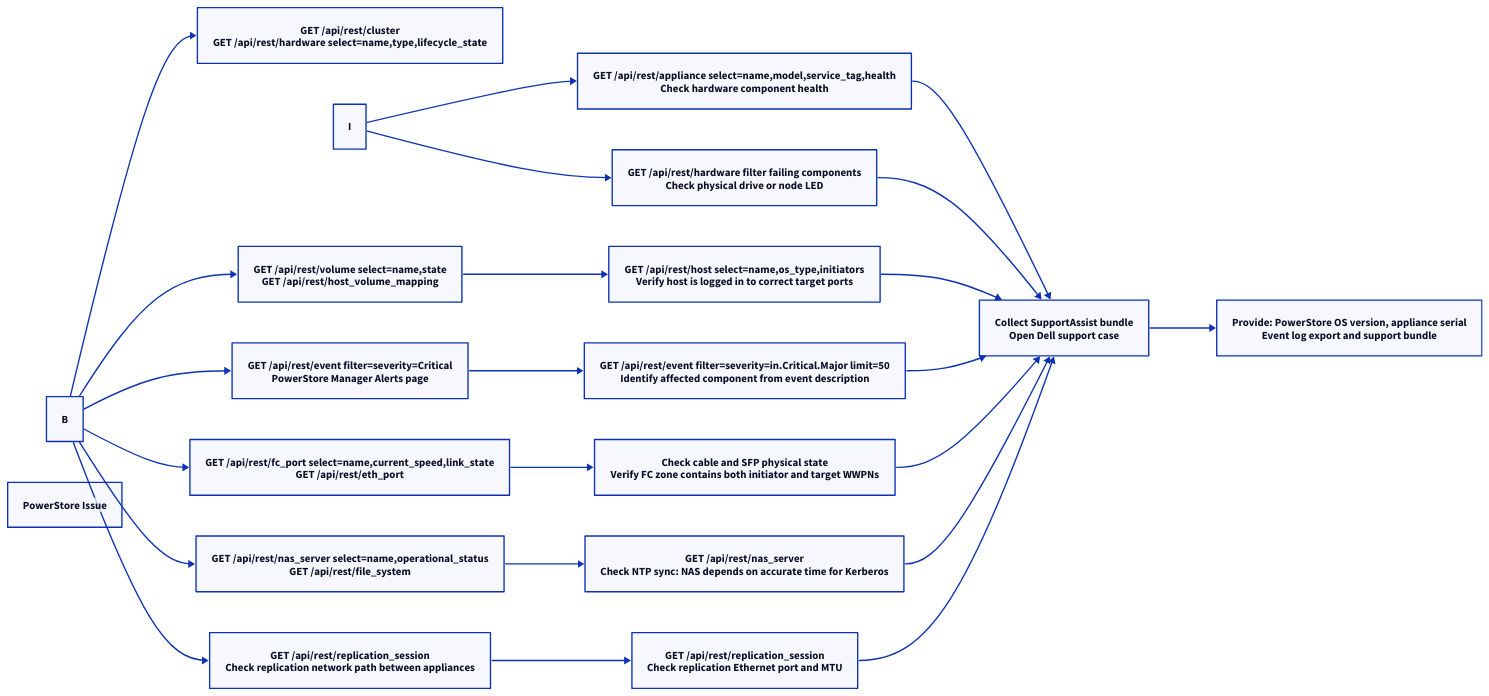
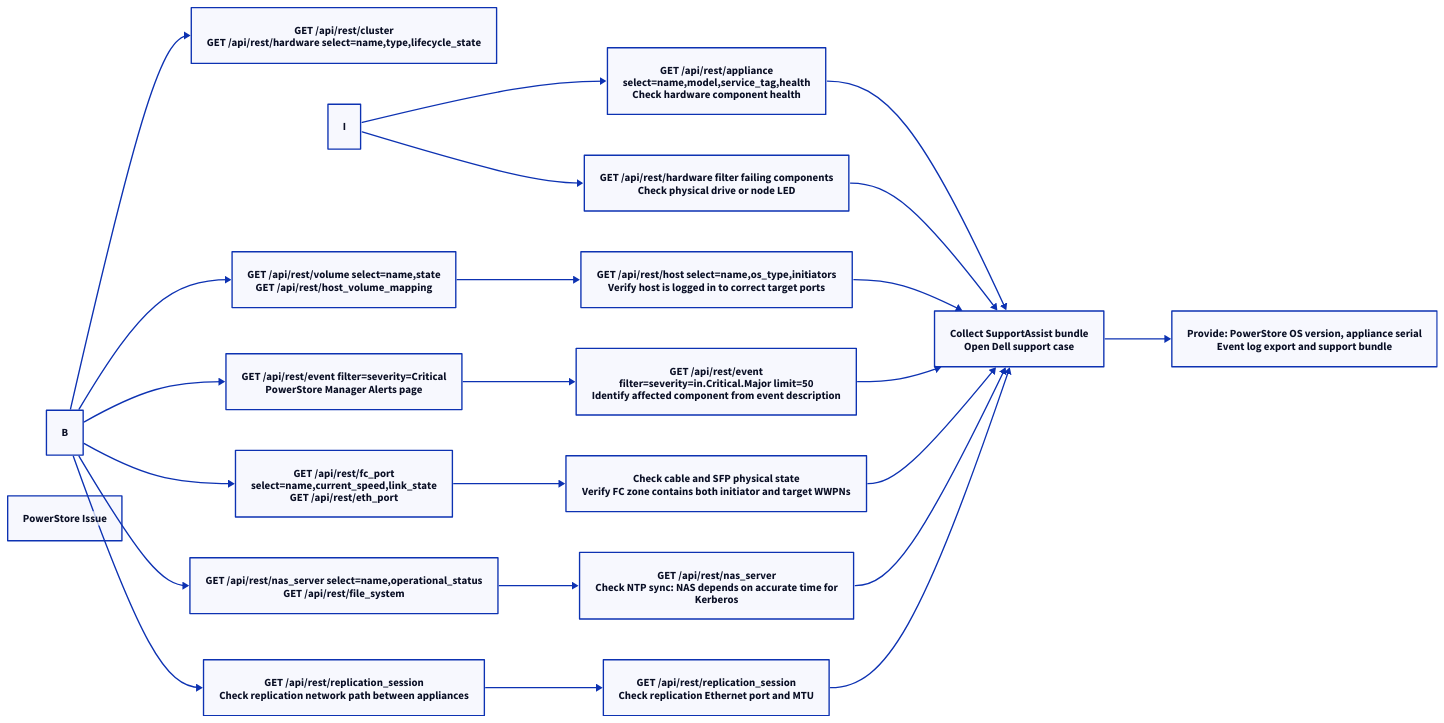
The first of 2 diagrams in docs/storage/dell/powerstore/troubleshooting/diagnostics.md (canast01/chris-kb), drawn with D2 before and after one commit. The commit also changed other lines of this file and 192 other files, not shown here.

````diff
--- a/docs/storage/dell/powerstore/troubleshooting/diagnostics.md
+++ b/docs/storage/dell/powerstore/troubleshooting/diagnostics.md
@@ -18,44 +18,44 @@
 ```d2
 direction: right
 
 B: "B" {shape: rectangle}
 C: "GET /api/rest/cluster\nGET /api/rest/hardware select=name,type,lifecycle_state" {shape: rectangle}
 D: "GET /api/rest/volume select=name,state\nGET /api/rest/host_volume_mapping" {shape: rectangle}
 E: "GET /api/rest/event filter=severity=Critical\nPowerStore Manager Alerts page" {shape: rectangle}
-F: "GET /api/rest/fc_port select=name,current_speed,link_state\nGET /api/rest/eth_port" {shape: rectangle}
+F: "GET /api/rest/fc_port\nselect=name,current_speed,link_state\nGET /api/rest/eth_port" {shape: rectangle}
 G: "GET /api/rest/nas_server select=name,operational_status\nGET /api/rest/file_system" {shape: rectangle}
 H: "GET /api/rest/replication_session\nCheck replication network path between appliances" {shape: rectangle}
 I: "I" {shape: rectangle}
-J: "GET /api/rest/appliance select=name,model,service_tag,health\nCheck hardware component health" {shape: rectangle}
+J: "GET /api/rest/appliance\nselect=name,model,service_tag,health\nCheck hardware component health" {shape: rectangle}
 K: "GET /api/rest/hardware filter failing components\nCheck physical drive or node LED" {shape: rectangle}
 L: "GET /api/rest/host select=name,os_type,initiators\nVerify host is logged in to correct target ports" {shape: rectangle}
-M: "GET /api/rest/event filter=severity=in.Critical.Major limit=50\nIdentify affected component from event description" {shape: rectangle}
+M: "GET /api/rest/event\nfilter=severity=in.Critical.Major limit=50\nIdentify affected component from event description" {shape: rectangle}
 N: "Check cable and SFP physical state\nVerify FC zone contains both initiator and target WWPNs" {shape: rectangle}
-O: "GET /api/rest/nas_server\nCheck NTP sync: NAS depends on accurate time for Kerberos" {shape: rectangle}
+O: "GET /api/rest/nas_server\nCheck NTP sync: NAS depends on accurate time for\nKerberos" {shape: rectangle}
 P: "GET /api/rest/replication_session\nCheck replication Ethernet port and MTU" {shape: rectangle}
 Q: "Collect SupportAssist bundle\nOpen Dell support case" {shape: rectangle}
 R: "Provide: PowerStore OS version, appliance serial\nEvent log export and support bundle" {shape: rectangle}
 A: "PowerStore Issue" {shape: rectangle}
 
 B -> C
 B -> D
 B -> E
 B -> F
 B -> G
 B -> H
 I -> J
 I -> K
 D -> L
 E -> M
 F -> N
 G -> O
 H -> P
 J -> Q
 K -> Q
 L -> Q
 M -> Q
 N -> Q
 O -> Q
 P -> Q
 Q -> R
 ```
````
